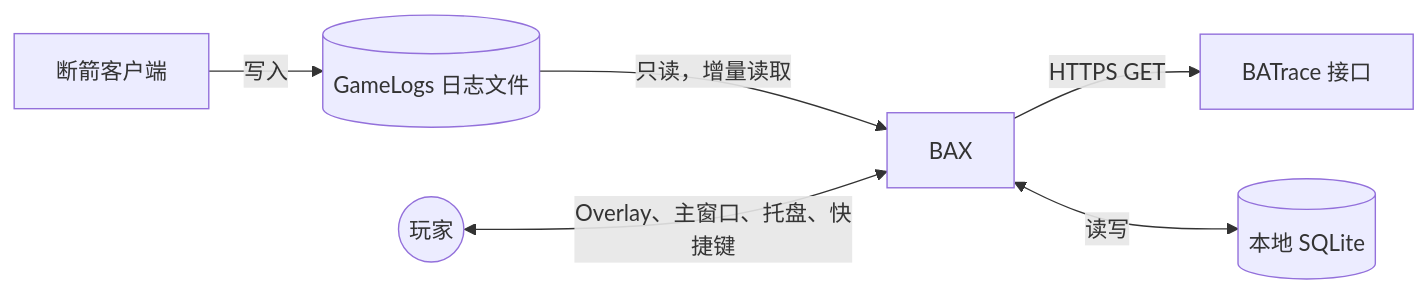
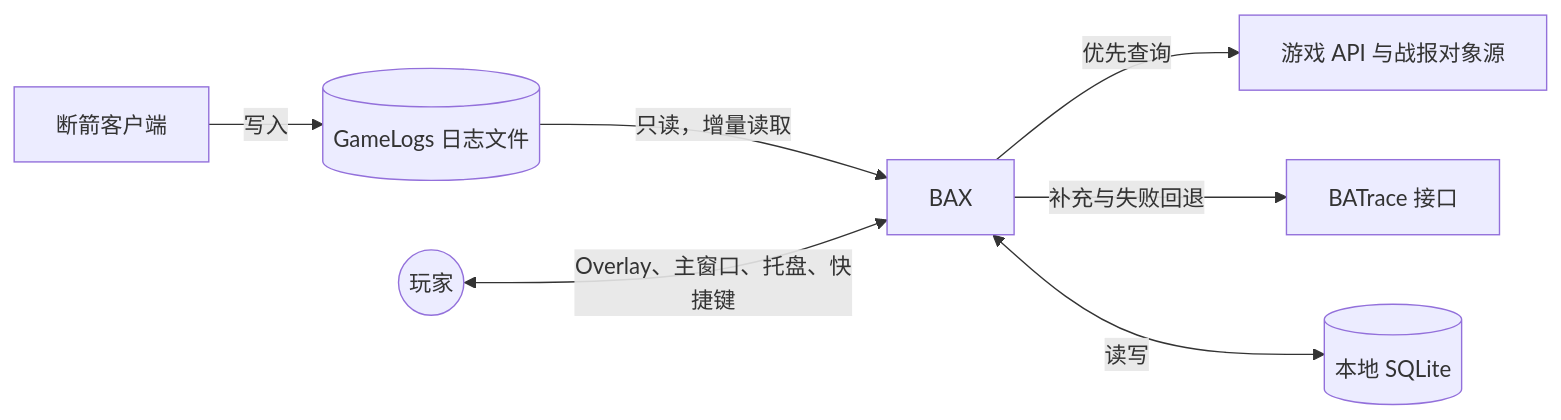
The first of 5 diagrams in docs/architecture/overview.md (JohnJinHM/BAX), drawn with Mermaid before and after one commit. The commit also changed other lines of this file and 28 other files, not shown here.

````diff
--- a/docs/architecture/overview.md
+++ b/docs/architecture/overview.md
@@ -22,8 +22,9 @@
 ```mermaid
 flowchart LR
     game["断箭客户端"] -->|写入| logs[("GameLogs 日志文件")]
     logs -->|只读，增量读取| bax["BAX"]
-    bax -->|HTTPS GET| batrace["BATrace 接口"]
+    bax -->|优先查询| upstream["游戏 API 与战报对象源"]
+    bax -->|补充与失败回退| batrace["BATrace 接口"]
     bax <-->|读写| db[("本地 SQLite")]
     player(("玩家")) <-->|"Overlay、主窗口、托盘、快捷键"| bax
 ```
````
